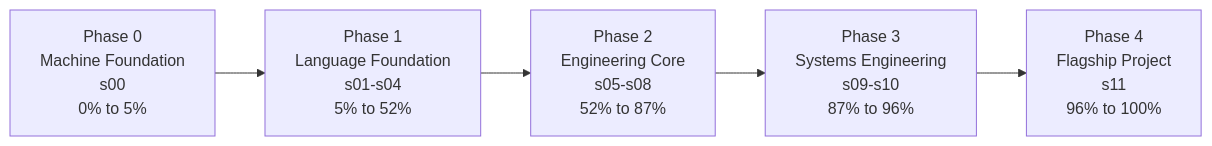
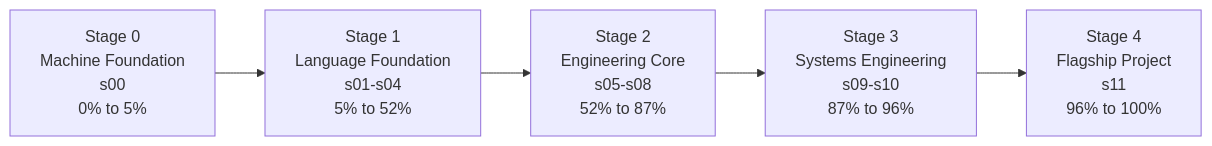
One commit to swe-labs/the-go-engineer changed the first of 2 diagrams in docs/PROGRESSION.md. Above: the diagram before and after it, drawn with Mermaid. The commit also changed other lines of this file and 85 other files, not shown here.

````diff
--- a/docs/PROGRESSION.md
+++ b/docs/PROGRESSION.md
@@ -9,7 +11,7 @@
 ```mermaid
 flowchart LR
-    P0["Phase 0\nMachine Foundation\ns00\n0% to 5%"] --> P1["Phase 1\nLanguage Foundation\ns01-s04\n5% to 52%"]
-    P1 --> P2["Phase 2\nEngineering Core\ns05-s08\n52% to 87%"]
-    P2 --> P3["Phase 3\nSystems Engineering\ns09-s10\n87% to 96%"]
-    P3 --> P4["Phase 4\nFlagship Project\ns11\n96% to 100%"]
+    P0["Stage 0\nMachine Foundation\ns00\n0% to 5%"] --> P1["Stage 1\nLanguage Foundation\ns01-s04\n5% to 52%"]
+    P1 --> P2["Stage 2\nEngineering Core\ns05-s08\n52% to 87%"]
+    P2 --> P3["Stage 3\nSystems Engineering\ns09-s10\n87% to 96%"]
+    P3 --> P4["Stage 4\nFlagship Project\ns11\n96% to 100%"]
 ```
````
